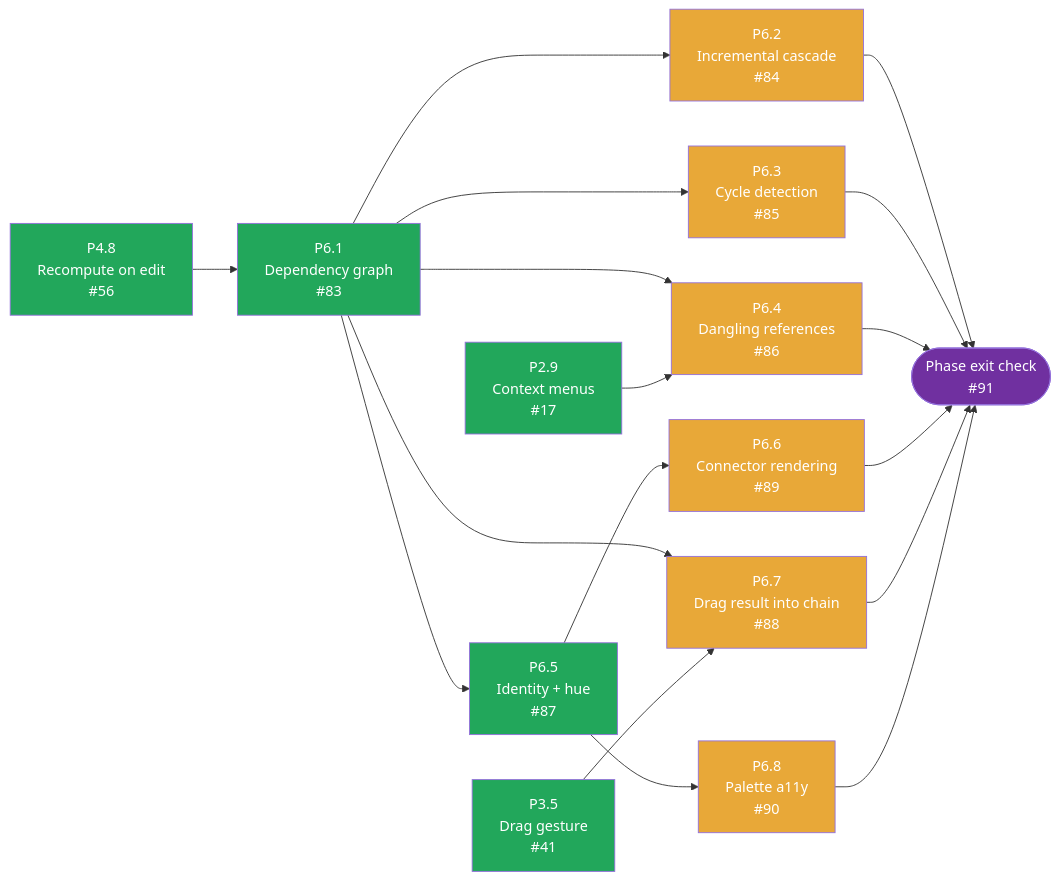
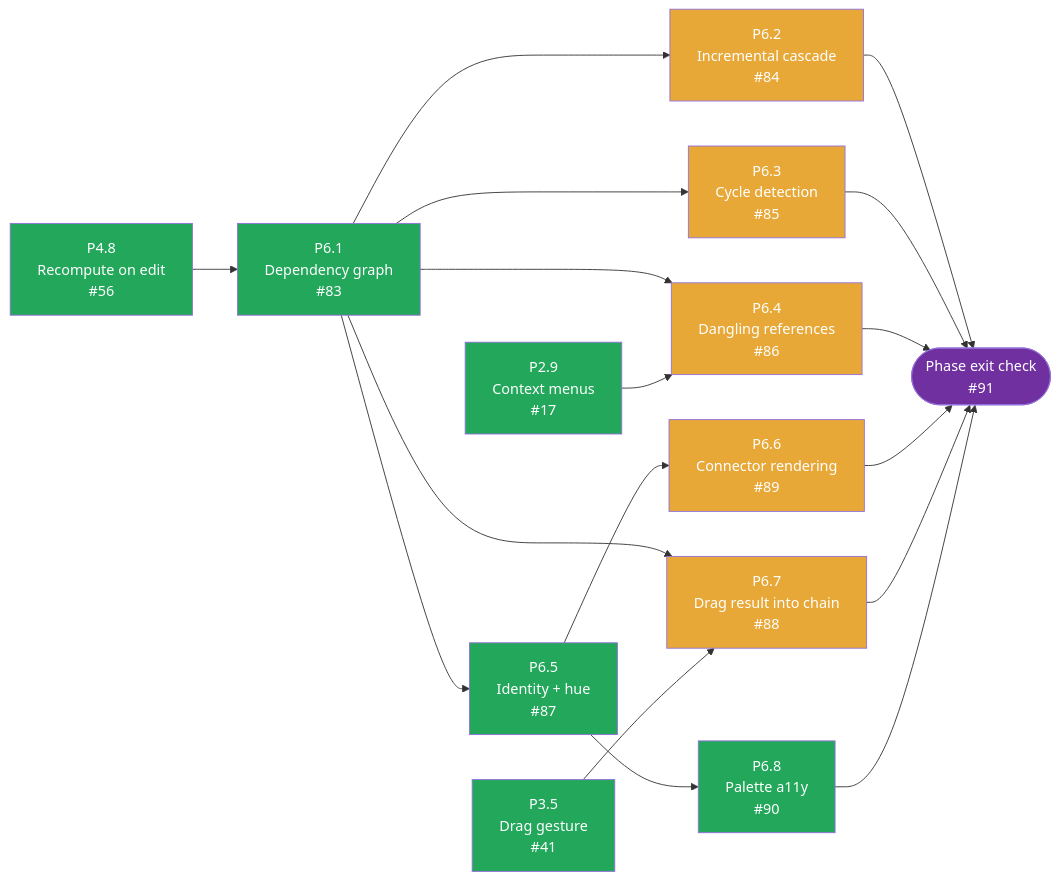
One commit to tousifosman/CalcMind changed the fifth of 5 diagrams in docs/DEVELOPMENT_PLAN.md. Above: the diagram before and after it, drawn with Mermaid. The commit also changed other lines of this file and 6 other files, not shown here.

````diff
--- a/docs/DEVELOPMENT_PLAN.md
+++ b/docs/DEVELOPMENT_PLAN.md
@@ -918,46 +918,46 @@
 ```mermaid
 flowchart LR
     P48["P4.8<br/>Recompute on edit<br/>#56"]
     P29["P2.9<br/>Context menus<br/>#17"]
     P35["P3.5<br/>Drag gesture<br/>#41"]
     P61["P6.1<br/>Dependency graph<br/>#83"]
     P62["P6.2<br/>Incremental cascade<br/>#84"]
     P63["P6.3<br/>Cycle detection<br/>#85"]
     P64["P6.4<br/>Dangling references<br/>#86"]
     P65["P6.5<br/>Identity + hue<br/>#87"]
     P66["P6.6<br/>Connector rendering<br/>#89"]
     P67["P6.7<br/>Drag result into chain<br/>#88"]
     P68["P6.8<br/>Palette a11y<br/>#90"]
     EXIT(["Phase exit check<br/>#91"])
 
     P48 --> P61
     P61 --> P62
     P61 --> P63
     P61 --> P64
     P29 --> P64
     P61 --> P65
     P65 --> P66
     P61 --> P67
     P35 --> P67
     P65 --> P68
 
     P62 --> EXIT
     P63 --> EXIT
     P64 --> EXIT
     P66 --> EXIT
     P67 --> EXIT
     P68 --> EXIT
 
     style P48 fill:#22A75B,color:#fff
     style P29 fill:#22A75B,color:#fff
     style P35 fill:#22A75B,color:#fff
     style P61 fill:#22A75B,color:#fff
     style P62 fill:#E8A838,color:#fff
     style P63 fill:#E8A838,color:#fff
     style P64 fill:#E8A838,color:#fff
     style P65 fill:#22A75B,color:#fff
     style P66 fill:#E8A838,color:#fff
     style P67 fill:#E8A838,color:#fff
-    style P68 fill:#E8A838,color:#fff
+    style P68 fill:#22A75B,color:#fff
     style EXIT fill:#7030A0,color:#fff
 ```
````
